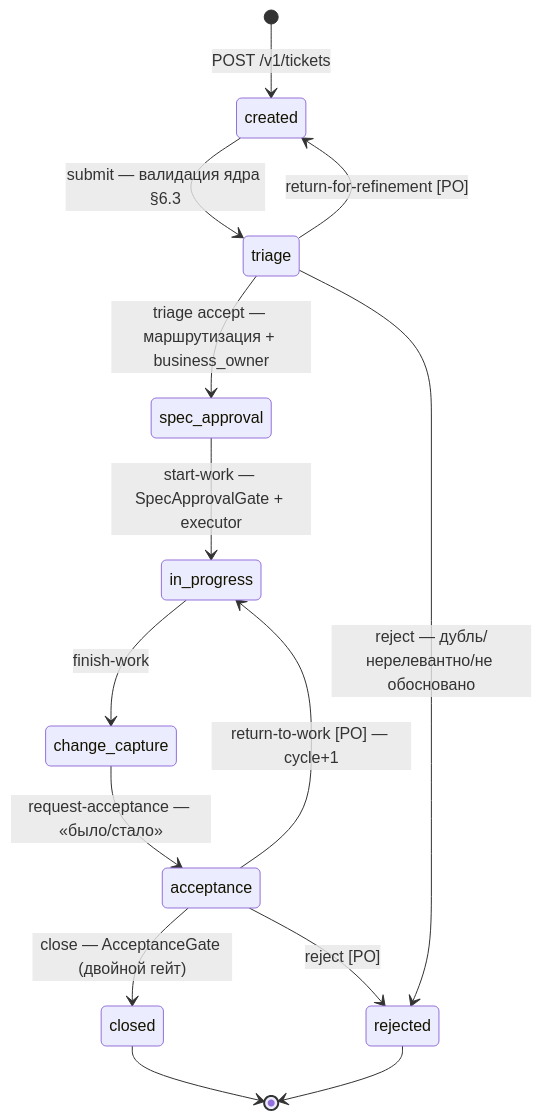
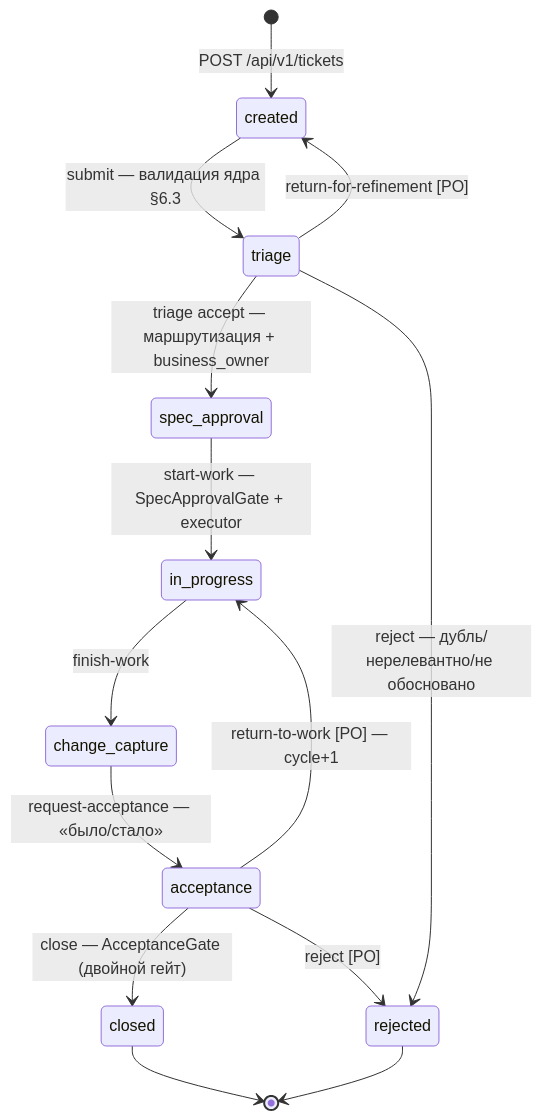
Before and after one commit to NShilov-dot/business_analyst_platform: the diagram in backend/docs/design/tickets-phase1.md, drawn with Mermaid. The commit also changed other lines of this file and 67 other files, not shown here.

````diff
--- a/backend/docs/design/tickets-phase1.md
+++ b/backend/docs/design/tickets-phase1.md
@@ -35,16 +35,16 @@
 ```mermaid
 stateDiagram-v2
-    [*] --> created : POST /v1/tickets
+    [*] --> created : POST /api/v1/tickets
     created --> triage : submit — валидация ядра §6.3
     triage --> spec_approval : triage accept — маршрутизация + business_owner
     triage --> created : return-for-refinement [PO]
     triage --> rejected : reject — дубль/нерелевантно/не обосновано
     spec_approval --> in_progress : start-work — SpecApprovalGate + executor
     in_progress --> change_capture : finish-work
     change_capture --> acceptance : request-acceptance — «было/стало»
     acceptance --> closed : close — AcceptanceGate (двойной гейт)
     acceptance --> in_progress : return-to-work [PO] — cycle+1
     acceptance --> rejected : reject [PO]
     closed --> [*]
     rejected --> [*]
 ```
````
